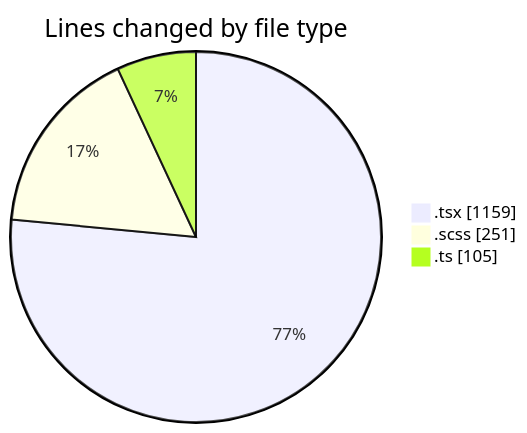
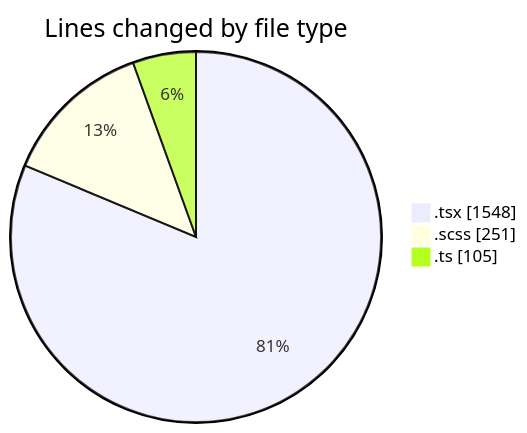
Before and after one commit to momahboobian/code-tracking: the first of 2 diagrams in 2026-11-06/cda/README.md, drawn with Mermaid. The commit also changed other lines of this file and 1 other file, not shown here.

````diff
--- a/2026-11-06/cda/README.md
+++ b/2026-11-06/cda/README.md
@@ -35,7 +36,7 @@
 ```mermaid
 pie showData
 title Lines changed by file type
-".tsx" : 1159
+".tsx" : 1548
 ".scss" : 251
 ".ts" : 105
 ```
````
